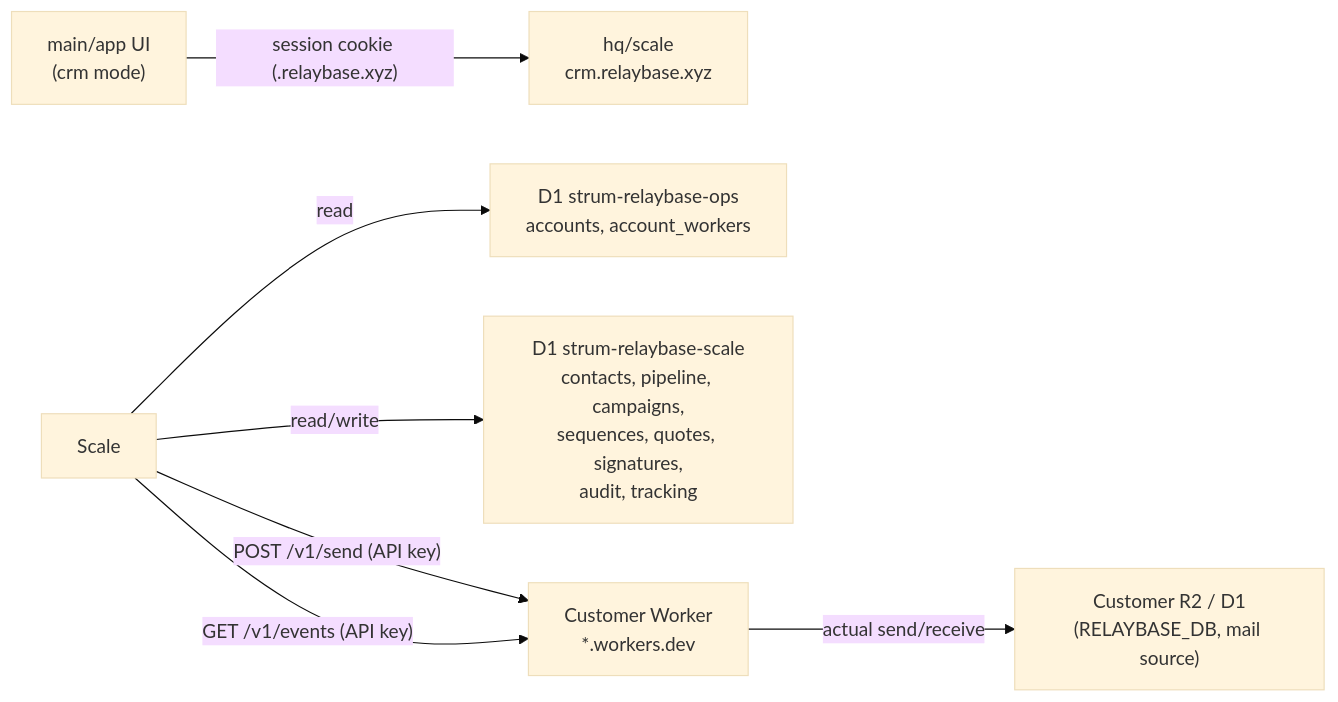
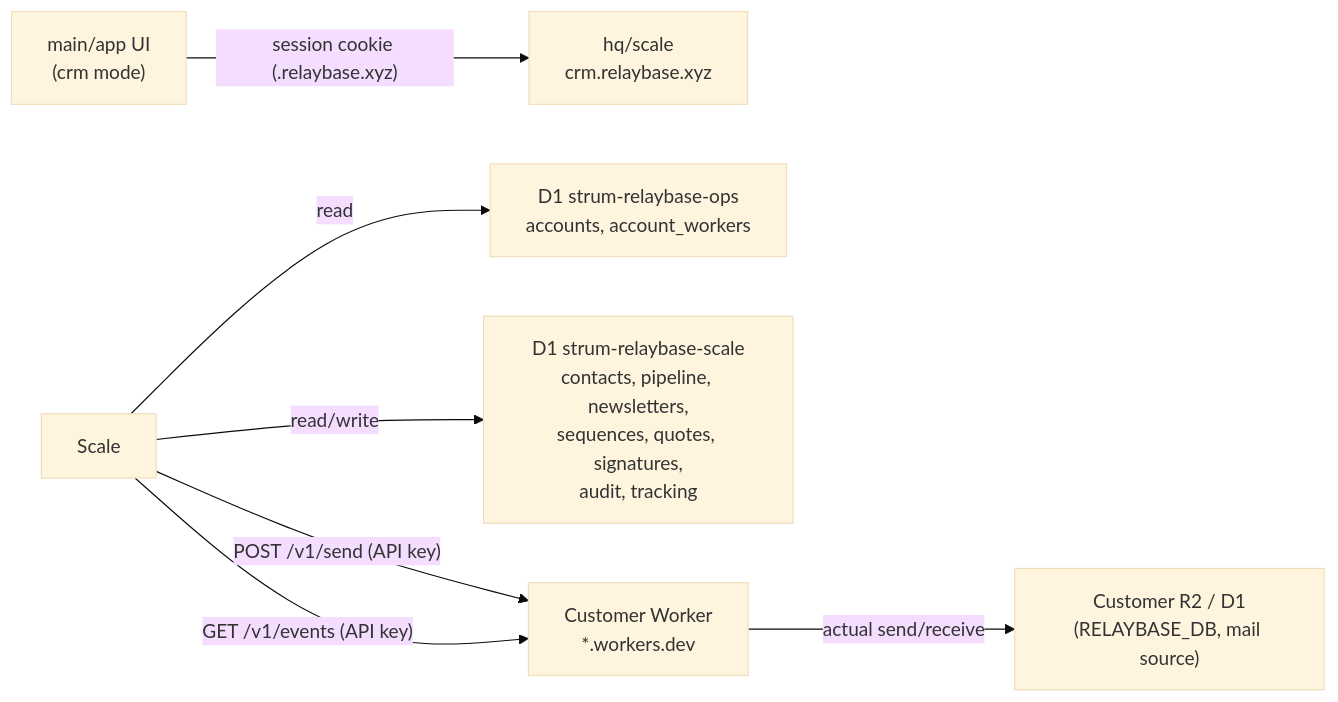
One commit to gssisaac/relaybase changed the diagram in docs/features/crm-mode-v0.2.md. Above: the diagram before and after it, drawn with Mermaid (base theme). The commit also changed other lines of this file and 162 other files, not shown here.

First line of the commit message:
Rename Scale campaigns to newsletters across HQ and app.

````diff
--- a/docs/features/crm-mode-v0.2.md
+++ b/docs/features/crm-mode-v0.2.md
@@ -107,9 +107,9 @@
 ```mermaid
 flowchart LR
   UI["main/app UI\n(crm mode)"] -->|"session cookie (.relaybase.xyz)"| CRM["hq/scale\ncrm.relaybase.xyz"]
   Scale -->|"read"| OPS["D1 strum-relaybase-ops\naccounts, account_workers"]
-  Scale -->|"read/write"| CRMDB["D1 strum-relaybase-scale\ncontacts, pipeline, campaigns,\nsequences, quotes, signatures,\naudit, tracking"]
+  Scale -->|"read/write"| CRMDB["D1 strum-relaybase-scale\ncontacts, pipeline, newsletters,\nsequences, quotes, signatures,\naudit, tracking"]
   Scale -->|"POST /v1/send (API key)"| W["Customer Worker\n*.workers.dev"]
   Scale -->|"GET /v1/events (API key)"| W
   W -->|"actual send/receive"| R2["Customer R2 / D1\n(RELAYBASE_DB, mail source)"]
 ```
````
